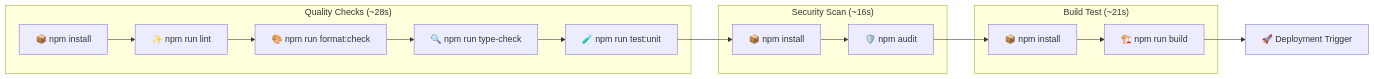
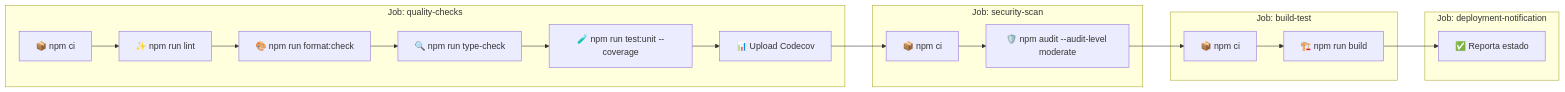
The third of 9 diagrams in docs/CI-CD.md (TellMeAlex/portfolio), drawn with Mermaid before and after one commit. The commit also changed other lines of this file and 1 other file, not shown here.

````diff
--- a/docs/CI-CD.md
+++ b/docs/CI-CD.md
@@ -50,27 +57,32 @@
 ```mermaid
 graph LR
-    subgraph "Quality Checks (~28s)"
-        QC1[📦 npm install]
+    subgraph "Job: quality-checks"
+        QC1[📦 npm ci]
         QC2[✨ npm run lint]
         QC3[🎨 npm run format:check]
         QC4[🔍 npm run type-check]
-        QC5[🧪 npm run test:unit]
-        QC1 --> QC2 --> QC3 --> QC4 --> QC5
+        QC5[🧪 npm run test:unit --coverage]
+        QC6[📊 Upload Codecov]
+        QC1 --> QC2 --> QC3 --> QC4 --> QC5 --> QC6
     end
 
-    subgraph "Security Scan (~16s)"
-        SC1[📦 npm install]
-        SC2[🛡️ npm audit]
+    subgraph "Job: security-scan"
+        SC1[📦 npm ci]
+        SC2[🛡️ npm audit --audit-level moderate]
         SC1 --> SC2
     end
 
-    subgraph "Build Test (~21s)"
-        BT1[📦 npm install]
+    subgraph "Job: build-test"
+        BT1[📦 npm ci]
         BT2[🏗️ npm run build]
         BT1 --> BT2
     end
 
-    QC5 --> SC1
+    subgraph "Job: deployment-notification"
+        DN1[✅ Reporta estado]
+    end
+
+    QC6 --> SC1
     SC2 --> BT1
-    BT2 --> DT[🚀 Deployment Trigger]
+    BT2 --> DN1
 ```
````
